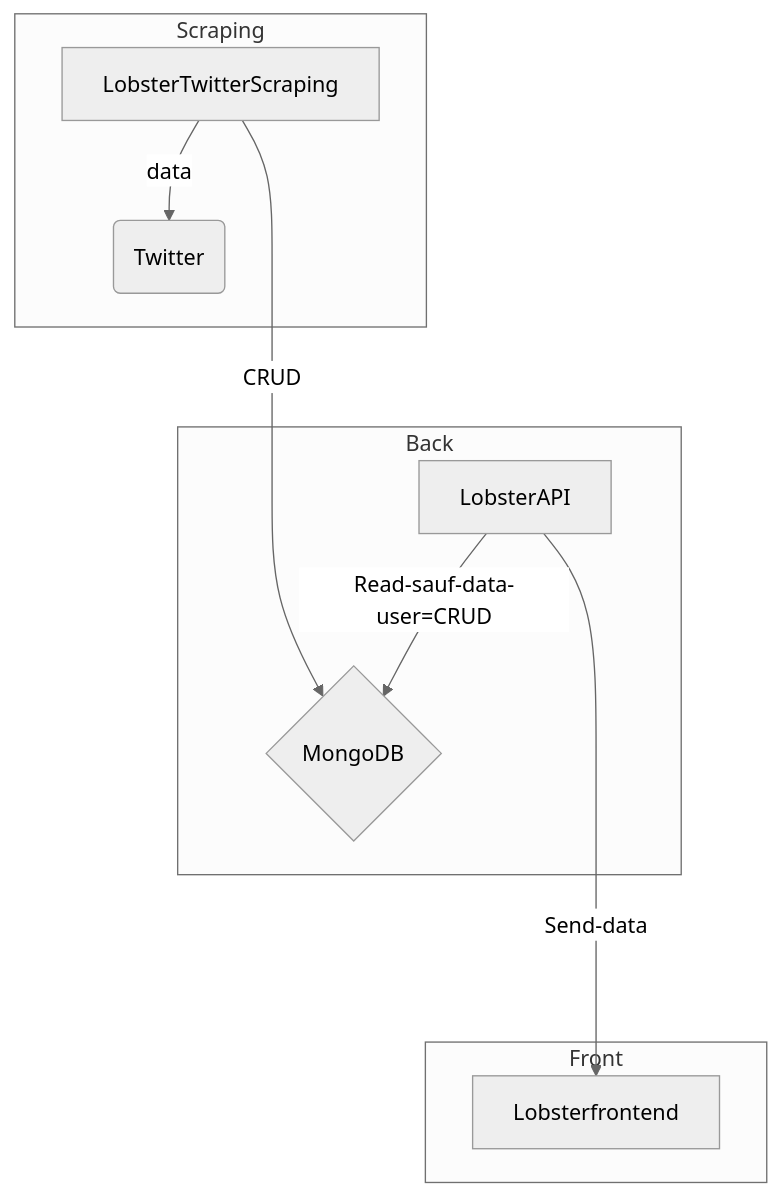
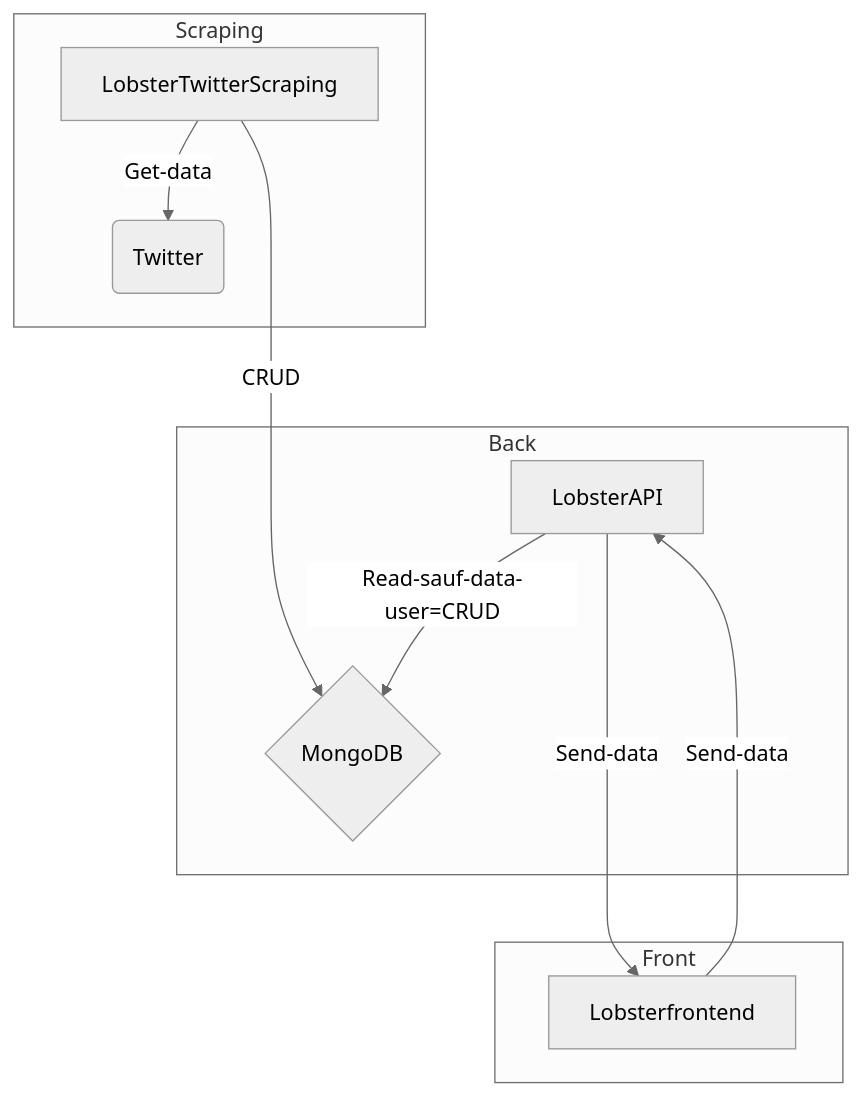
One commit to LobsterOrganization/LobsterAPI changed the diagram in README.md. Above: the diagram before and after it, drawn with Mermaid (neutral theme).

Commit message:
fix project architecture

````diff
--- a/README.md
+++ b/README.md
@@ -18,13 +18,14 @@
 ```mermaid
 graph TD;
 subgraph Scraping
-A[LobsterTwitterScraping]-->|data| B(Twitter)
+A[LobsterTwitterScraping]-->|Get-data| B(Twitter)
 end
 subgraph Back
 A ----> |CRUD| C{MongoDB}
 D[LobsterAPI] --> |Read-sauf-data-user=CRUD| C
 end
 subgraph Front
-D ----> |Send-data| E[Lobsterfrontend]
+D ---> |Send-data| E[Lobsterfrontend]
+E ---> |Send-data| D
 end
 ```
````
